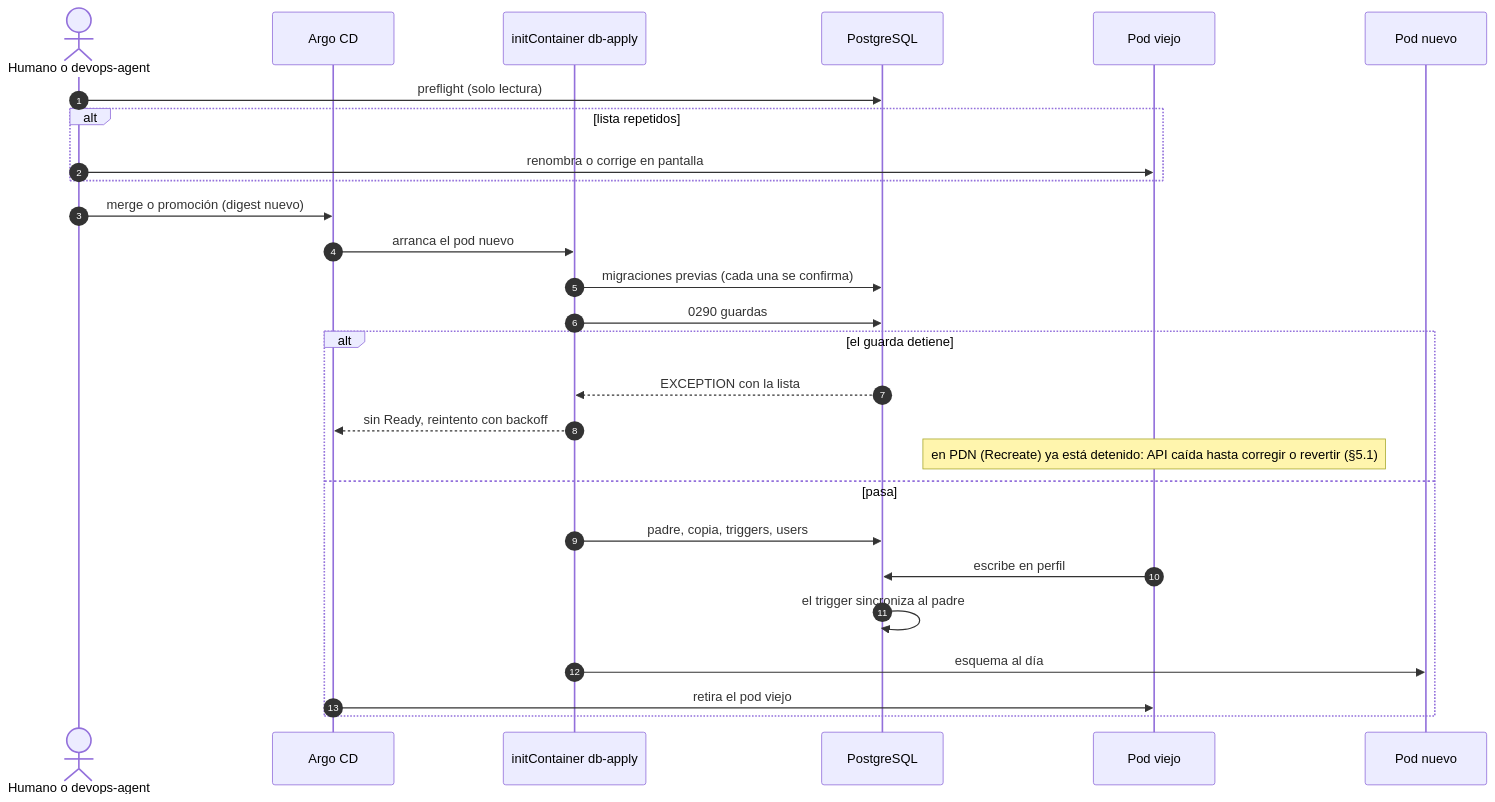
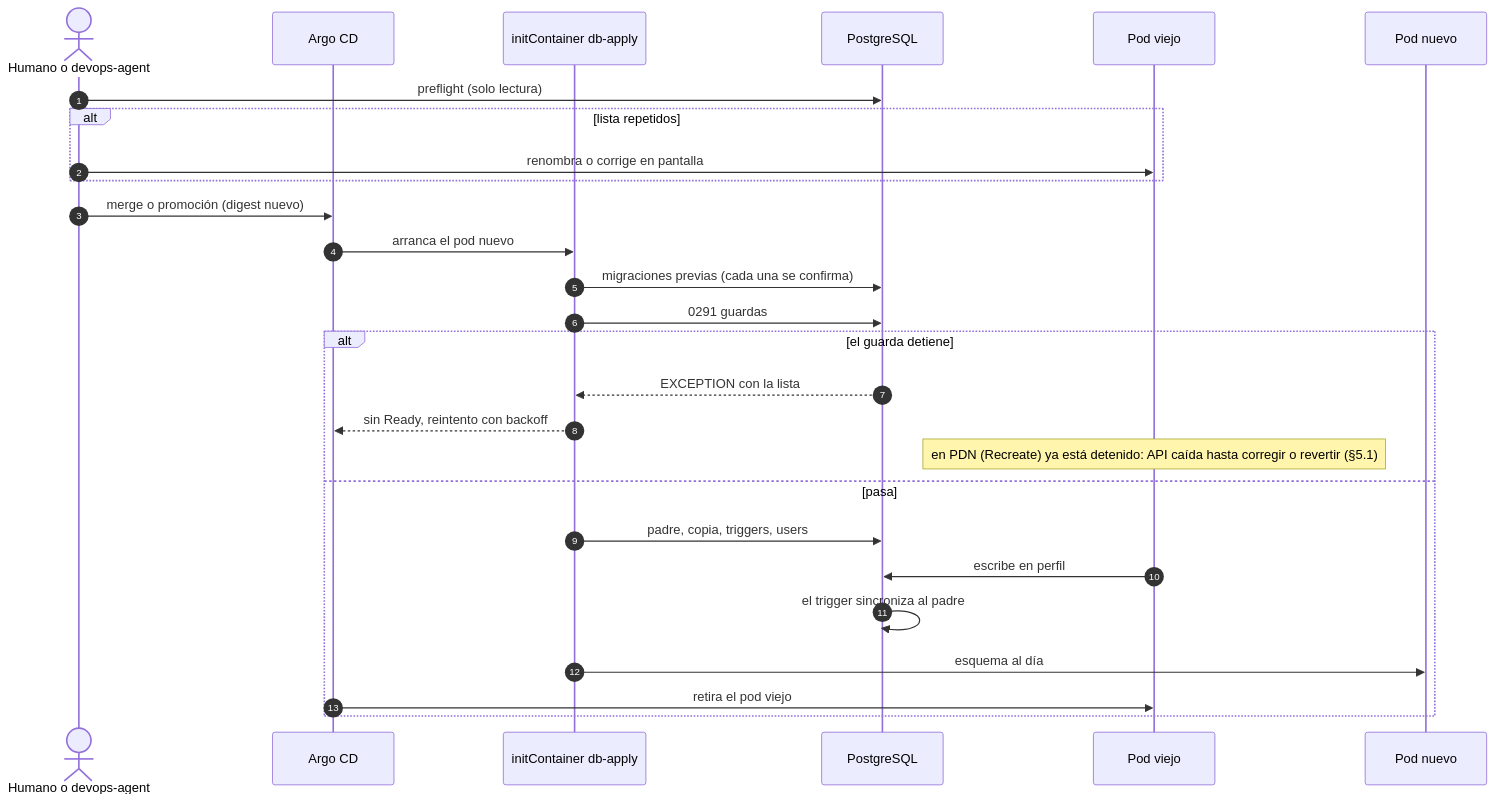
The first of 2 diagrams in docs/adr/ADR-0039-flito-proveedores-multiservicio-y-logistica-operada-por-proveedor.md (flitsas/flito), drawn with Mermaid before and after one commit. The commit also changed other lines of this file and 6 other files, not shown here.

````diff
--- a/docs/adr/ADR-0039-flito-proveedores-multiservicio-y-logistica-operada-por-proveedor.md
+++ b/docs/adr/ADR-0039-flito-proveedores-multiservicio-y-logistica-operada-por-proveedor.md
@@ -284,29 +284,29 @@
 ```mermaid
 sequenceDiagram
   autonumber
   actor H as Humano o devops-agent
   participant A as Argo CD
   participant I as initContainer db-apply
   participant DB as PostgreSQL
   participant V as Pod viejo
   participant N as Pod nuevo
   H->>DB: preflight (solo lectura)
   alt lista repetidos
     H->>V: renombra o corrige en pantalla
   end
   H->>A: merge o promoción (digest nuevo)
   A->>I: arranca el pod nuevo
   I->>DB: migraciones previas (cada una se confirma)
-  I->>DB: 0290 guardas
+  I->>DB: 0291 guardas
   alt el guarda detiene
     DB-->>I: EXCEPTION con la lista
     I-->>A: sin Ready, reintento con backoff
     Note over V: en PDN (Recreate) ya está detenido: API caída hasta corregir o revertir (§5.1)
   else pasa
     I->>DB: padre, copia, triggers, users
     V->>DB: escribe en perfil
     DB->>DB: el trigger sincroniza al padre
     I->>N: esquema al día
     A->>V: retira el pod viejo
   end
 ```
````
